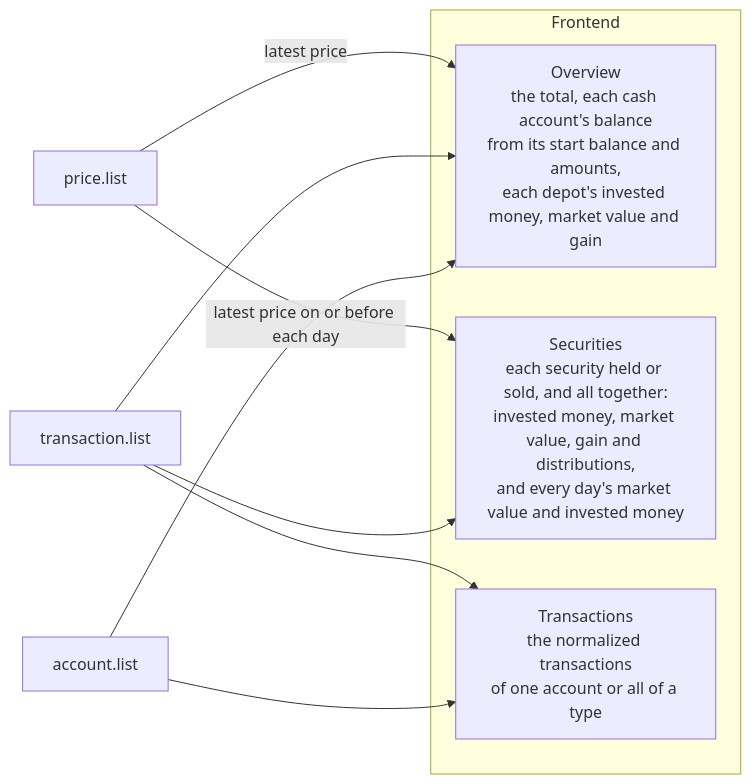
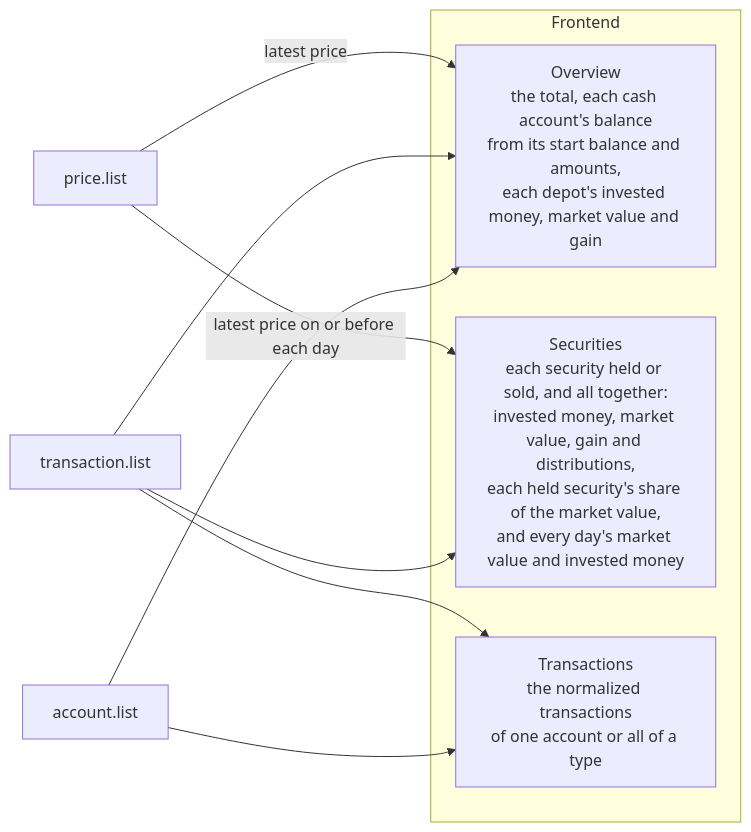
Before and after one commit to lennartmoeller/finance-tracker: the diagram in docs/contract/figures.md, drawn with Mermaid. The commit also changed 8 other files, not shown here.

First line of the commit message:
feat(frontend): show each security's share of the market value

````diff
--- a/docs/contract/figures.md
+++ b/docs/contract/figures.md
@@ -3,18 +3,18 @@
 ```mermaid
 flowchart LR
   accounts["account.list"]
   transactions["transaction.list"]
   prices["price.list"]
   subgraph frontend["Frontend"]
     overview["Overview<br/>the total, each cash account's balance<br/>from its start balance and amounts,<br/>each depot's invested money, market value and gain"]
-    securities["Securities<br/>each security held or sold, and all together:<br/>invested money, market value, gain and distributions,<br/>and every day's market value and invested money"]
+    securities["Securities<br/>each security held or sold, and all together:<br/>invested money, market value, gain and distributions,<br/>each held security's share of the market value,<br/>and every day's market value and invested money"]
     list["Transactions<br/>the normalized transactions<br/>of one account or all of a type"]
   end
   accounts --> overview
   accounts --> list
   transactions --> overview
   transactions --> securities
   transactions --> list
   prices -- "latest price" --> overview
   prices -- "latest price on or before each day" --> securities
 ```
````
